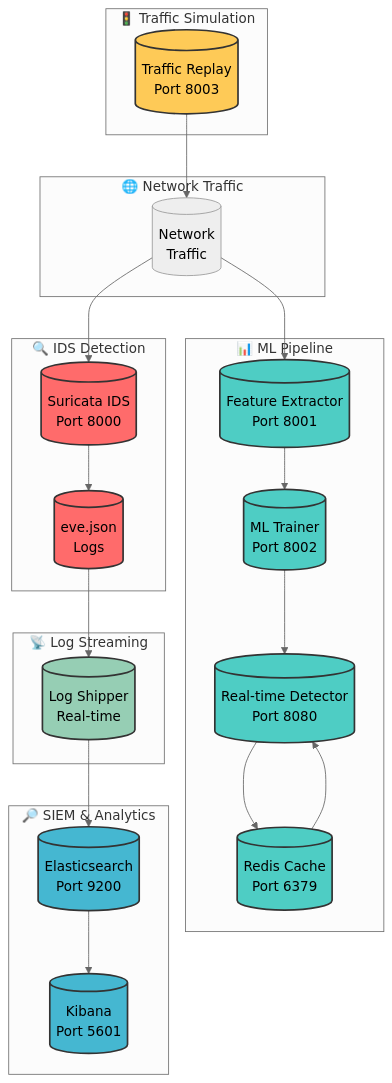
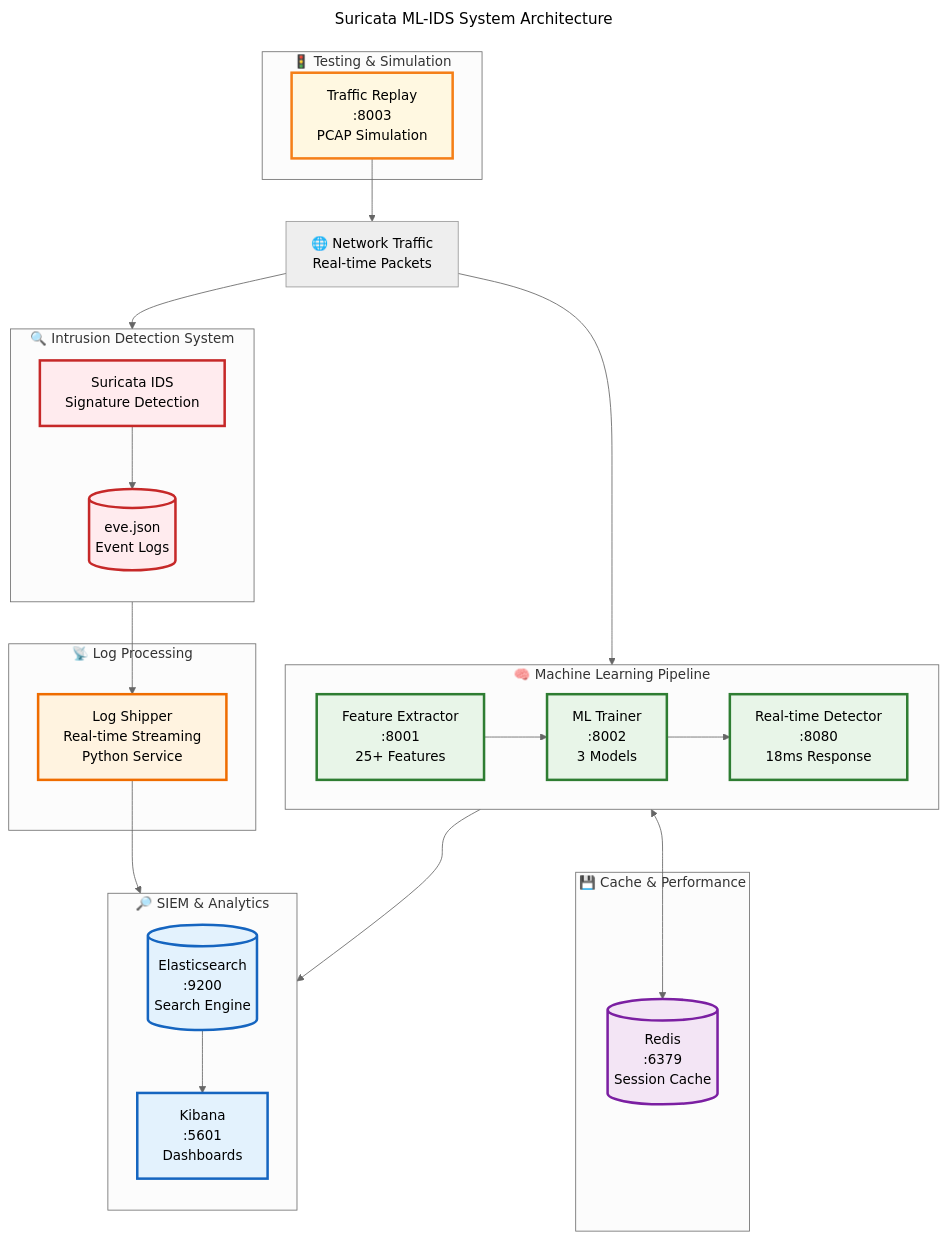
One commit to holdennguyen/suricata-ml-ids changed the second of 5 diagrams in README.md. Above: the diagram before and after it, drawn with Mermaid (neutral theme). The commit also changed other lines of this file, not shown here.

First line of the commit message:
feat: implement best practice Mermaid diagrams with comprehensive documentation

````diff
--- a/README.md
+++ b/README.md
@@ -96,57 +154,76 @@
 ```mermaid
+---
+title: Suricata ML-IDS System Architecture
+---
 flowchart TB
-    subgraph "🌐 Network Traffic"
-        NT[("Network<br/>Traffic")]
+    %% External Input
+    NT[🌐 Network Traffic<br/>Real-time Packets]
+    
+    %% IDS Detection Layer
+    subgraph IDS ["🔍 Intrusion Detection System"]
+        direction TB
+        S[Suricata IDS<br/>Signature Detection]
+        EVE[(eve.json<br/>Event Logs)]
+        S --> EVE
     end
     
-    subgraph "🔍 IDS Detection"
-        S[("Suricata IDS<br/>Port 8000")]
-        EVE[("eve.json<br/>Logs")]
+    %% ML Processing Layer  
+    subgraph ML ["🧠 Machine Learning Pipeline"]
+        direction LR
+        FE[Feature Extractor<br/>:8001<br/>25+ Features]
+        MLT[ML Trainer<br/>:8002<br/>3 Models]
+        RD[Real-time Detector<br/>:8080<br/>18ms Response]
+        
+        FE --> MLT
+        MLT --> RD
     end
     
-    subgraph "📊 ML Pipeline"
-        FE[("Feature Extractor<br/>Port 8001")]
-        MLT[("ML Trainer<br/>Port 8002")]
-        RD[("Real-time Detector<br/>Port 8080")]
-        Redis[("Redis Cache<br/>Port 6379")]
+    %% Cache & Storage
+    subgraph CACHE ["💾 Cache & Performance"]
+        Redis[(Redis<br/>:6379<br/>Session Cache)]
     end
     
-    subgraph "📡 Log Streaming"
-        LS[("Log Shipper<br/>Real-time")]
+    %% Log Processing
+    subgraph STREAM ["📡 Log Processing"]
+        LS[Log Shipper<br/>Real-time Streaming<br/>Python Service]
     end
     
-    subgraph "🔎 SIEM & Analytics"
-        ES[("Elasticsearch<br/>Port 9200")]
-        KB[("Kibana<br/>Port 5601")]
+    %% SIEM & Analytics
+    subgraph SIEM ["🔎 SIEM & Analytics"]
+        direction TB
+        ES[(Elasticsearch<br/>:9200<br/>Search Engine)]
+        KB[Kibana<br/>:5601<br/>Dashboards]
+        ES --> KB
     end
     
-    subgraph "🚦 Traffic Simulation"
-        TR[("Traffic Replay<br/>Port 8003")]
+    %% Testing & Simulation
+    subgraph TEST ["🚦 Testing & Simulation"]
+        TR[Traffic Replay<br/>:8003<br/>PCAP Simulation]
     end
     
+    %% Data Flow Connections
     NT --> S
-    S --> EVE
+    NT --> FE
+    TR --> NT
+    
     EVE --> LS
     LS --> ES
-    ES --> KB
     
-    NT --> FE
-    FE --> MLT
-    MLT --> RD
-    RD --> Redis
-    Redis --> RD
+    RD <--> Redis
+    RD --> ES
     
-    TR --> NT
+    %% Styling with proper contrast
+    classDef idsStyle fill:#ffebee,stroke:#c62828,stroke-width:3px,color:#000
+    classDef mlStyle fill:#e8f5e8,stroke:#2e7d32,stroke-width:3px,color:#000
+    classDef siemStyle fill:#e3f2fd,stroke:#1565c0,stroke-width:3px,color:#000
+    classDef streamStyle fill:#fff3e0,stroke:#ef6c00,stroke-width:3px,color:#000
+    classDef cacheStyle fill:#f3e5f5,stroke:#7b1fa2,stroke-width:3px,color:#000
+    classDef testStyle fill:#fff8e1,stroke:#f57f17,stroke-width:3px,color:#000
     
-    classDef ids fill:#ff6b6b,stroke:#333,stroke-width:2px,color:#000
-    classDef ml fill:#4ecdc4,stroke:#333,stroke-width:2px,color:#000
-    classDef siem fill:#45b7d1,stroke:#333,stroke-width:2px,color:#000
-    classDef stream fill:#96ceb4,stroke:#333,stroke-width:2px,color:#000
-    classDef traffic fill:#feca57,stroke:#333,stroke-width:2px,color:#000
-    
-    class S,EVE ids
-    class FE,MLT,RD,Redis ml
-    class ES,KB siem
-    class LS stream
-    class TR traffic
+    class S,EVE idsStyle
+    class FE,MLT,RD mlStyle
+    class ES,KB siemStyle
+    class LS streamStyle
+    class Redis cacheStyle
+    class TR testStyle
 ```
````
